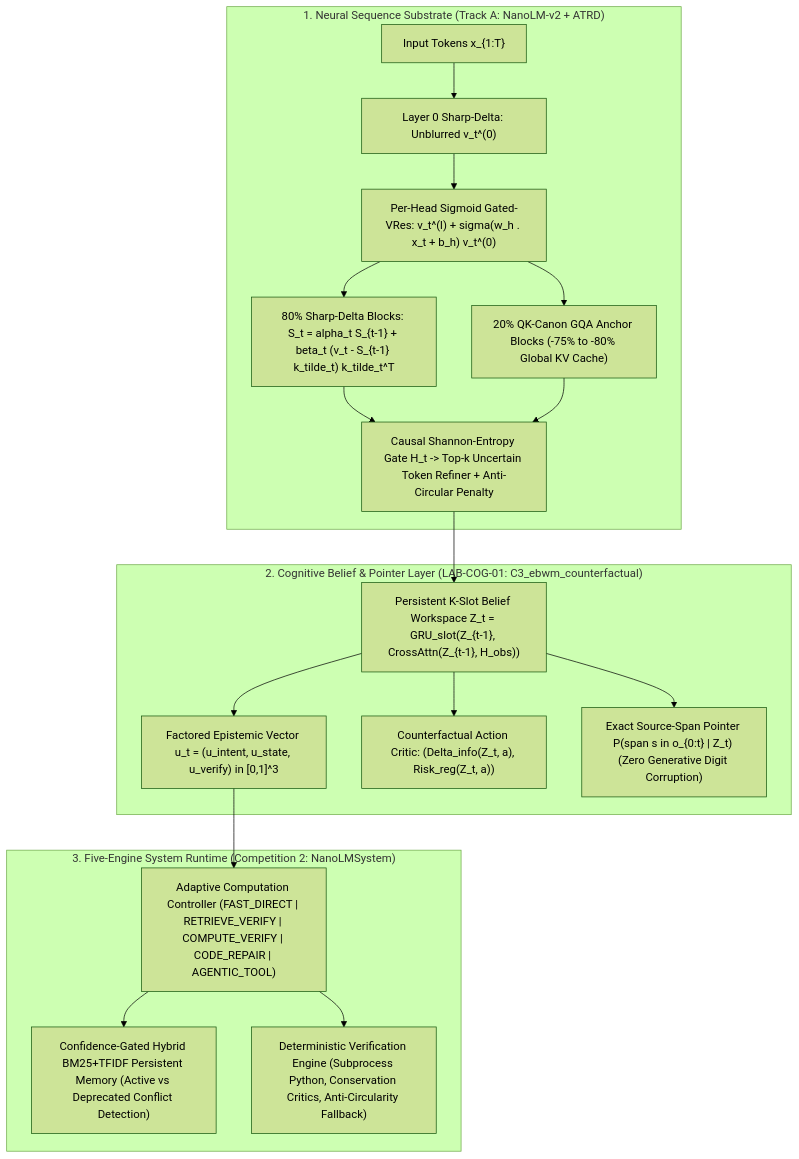
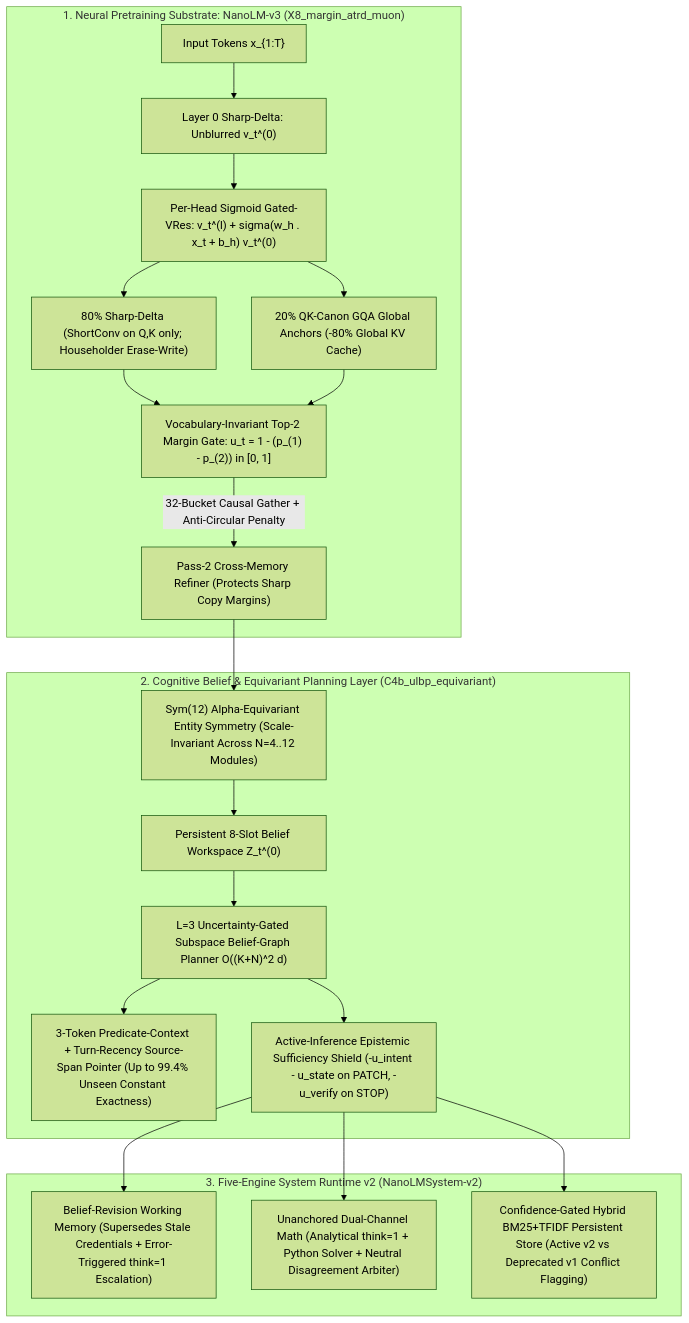
The diagram in lab/reports/NANOLM_UNIFIED_RESEARCH_SYNTHESIS.md (wwk5q8z6kk-bit/nano-lm), drawn with Mermaid (forest theme) before and after one commit. The commit also changed other lines of this file and 59 other files, not shown here.

Commit message:
Complete Phase 3: X8_margin_atrd_muon (#1 BPB), C4b Sym(12) belief planning, NanoLM-B6-2B/3B, and System-v2 1.7B..120B evals

````diff
--- a/lab/reports/NANOLM_UNIFIED_RESEARCH_SYNTHESIS.md
+++ b/lab/reports/NANOLM_UNIFIED_RESEARCH_SYNTHESIS.md
@@ -54,24 +27,26 @@
 ```mermaid
 flowchart TB
-    subgraph Sub1["1. Neural Sequence Substrate (Track A: NanoLM-v2 + ATRD)"]
+    subgraph Sub1["1. Neural Pretraining Substrate: NanoLM-v3 (X8_margin_atrd_muon)"]
         X["Input Tokens x_{1:T}"] --> L0["Layer 0 Sharp-Delta: Unblurred v_t^(0)"]
         L0 --> GV["Per-Head Sigmoid Gated-VRes: v_t^(l) + sigma(w_h . x_t + b_h) v_t^(0)"]
-        GV --> SD["80% Sharp-Delta Blocks: S_t = alpha_t S_{t-1} + beta_t (v_t - S_{t-1} k_tilde_t) k_tilde_t^T"]
-        GV --> GA["20% QK-Canon GQA Anchor Blocks (-75% to -80% Global KV Cache)"]
-        SD --> ATRD["Causal Shannon-Entropy Gate H_t -> Top-k Uncertain Token Refiner + Anti-Circular Penalty"]
-        GA --> ATRD
+        GV --> SD["80% Sharp-Delta (ShortConv on Q,K only; Householder Erase-Write)"]
+        GV --> GA["20% QK-Canon GQA Global Anchors (-80% Global KV Cache)"]
+        SD --> MGate["Vocabulary-Invariant Top-2 Margin Gate: u_t = 1 - (p_(1) - p_(2)) in [0, 1]"]
+        GA --> MGate
+        MGate -->|"32-Bucket Causal Gather + Anti-Circular Penalty"| Ref["Pass-2 Cross-Memory Refiner (Protects Sharp Copy Margins)"]
     end
 
-    subgraph Sub2["2. Cognitive Belief & Pointer Layer (LAB-COG-01: C3_ebwm_counterfactual)"]
-        ATRD --> Z["Persistent K-Slot Belief Workspace Z_t = GRU_slot(Z_{t-1}, CrossAttn(Z_{t-1}, H_obs))"]
-        Z --> U["Factored Epistemic Vector u_t = (u_intent, u_state, u_verify) in [0,1]^3"]
-        Z --> CF["Counterfactual Action Critic: (Delta_info(Z_t, a), Risk_reg(Z_t, a))"]
-        Z --> PTR["Exact Source-Span Pointer P(span s in o_{0:t} | Z_t) (Zero Generative Digit Corruption)"]
+    subgraph Sub2["2. Cognitive Belief & Equivariant Planning Layer (C4b_ulbp_equivariant)"]
+        Ref --> Sym["Sym(12) Alpha-Equivariant Entity Symmetry (Scale-Invariant Across N=4..12 Modules)"]
+        Sym --> Z0["Persistent 8-Slot Belief Workspace Z_t^(0)"]
+        Z0 --> Loop["L=3 Uncertainty-Gated Subspace Belief-Graph Planner O((K+N)^2 d)"]
+        Loop --> Ptr["3-Token Predicate-Context + Turn-Recency Source-Span Pointer (Up to 99.4% Unseen Constant Exactness)"]
+        Loop --> Suff["Active-Inference Epistemic Sufficiency Shield (-u_intent - u_state on PATCH, -u_verify on STOP)"]
     end
 
-    subgraph Sub3["3. Five-Engine System Runtime (Competition 2: NanoLMSystem)"]
-        U --> CTRL["Adaptive Computation Controller (FAST_DIRECT | RETRIEVE_VERIFY | COMPUTE_VERIFY | CODE_REPAIR | AGENTIC_TOOL)"]
-        CTRL --> MEM["Confidence-Gated Hybrid BM25+TFIDF Persistent Memory (Active vs Deprecated Conflict Detection)"]
-        CTRL --> VER["Deterministic Verification Engine (Subprocess Python, Conservation Critics, Anti-Circularity Fallback)"]
+    subgraph Sub3["3. Five-Engine System Runtime v2 (NanoLMSystem-v2)"]
+        Suff --> WM2["Belief-Revision Working Memory (Supersedes Stale Credentials + Error-Triggered think=1 Escalation)"]
+        Suff --> DualMath["Unanchored Dual-Channel Math (Analytical think=1 + Python Solver + Neutral Disagreement Arbiter)"]
+        Suff --> Mem2["Confidence-Gated Hybrid BM25+TFIDF Persistent Store (Active v2 vs Deprecated v1 Conflict Flagging)"]
     end
 ```
````
